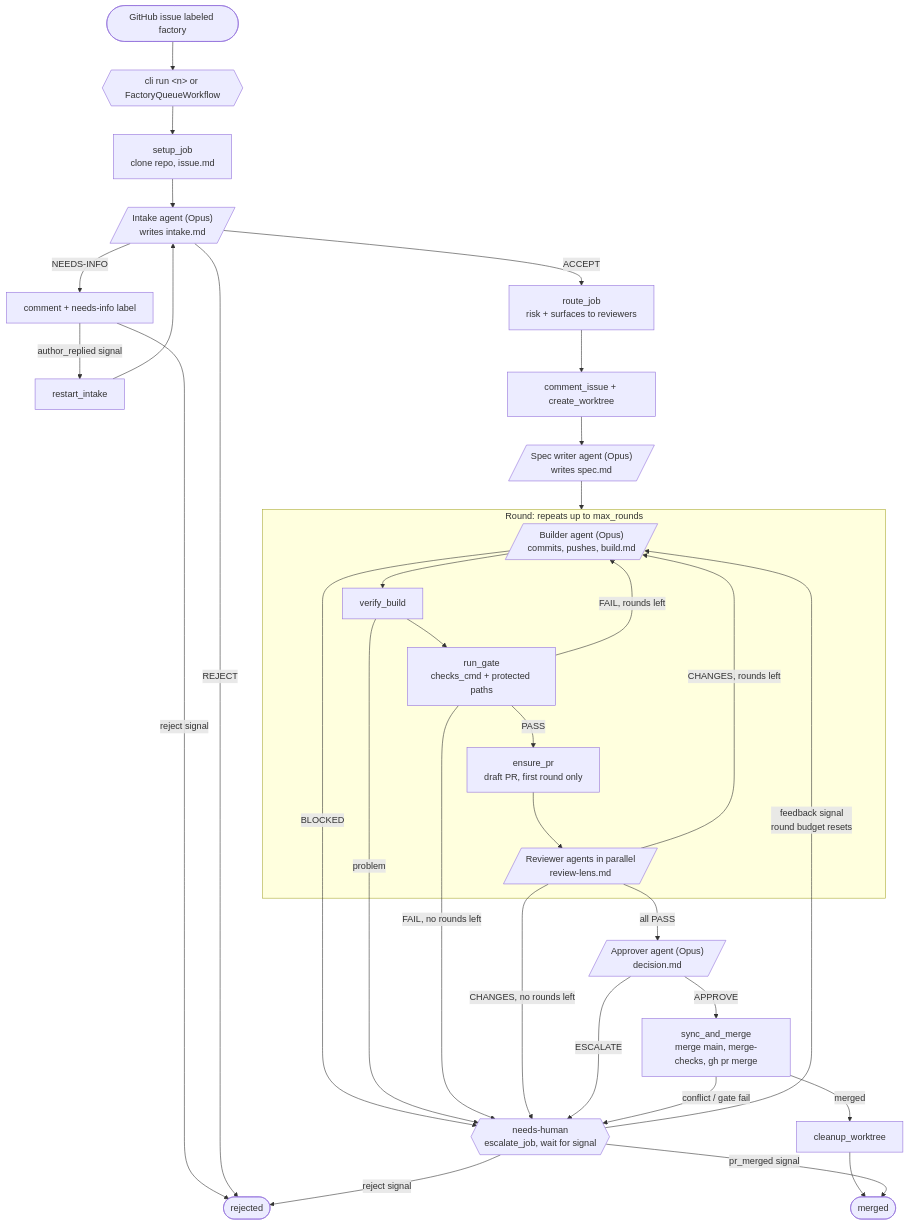
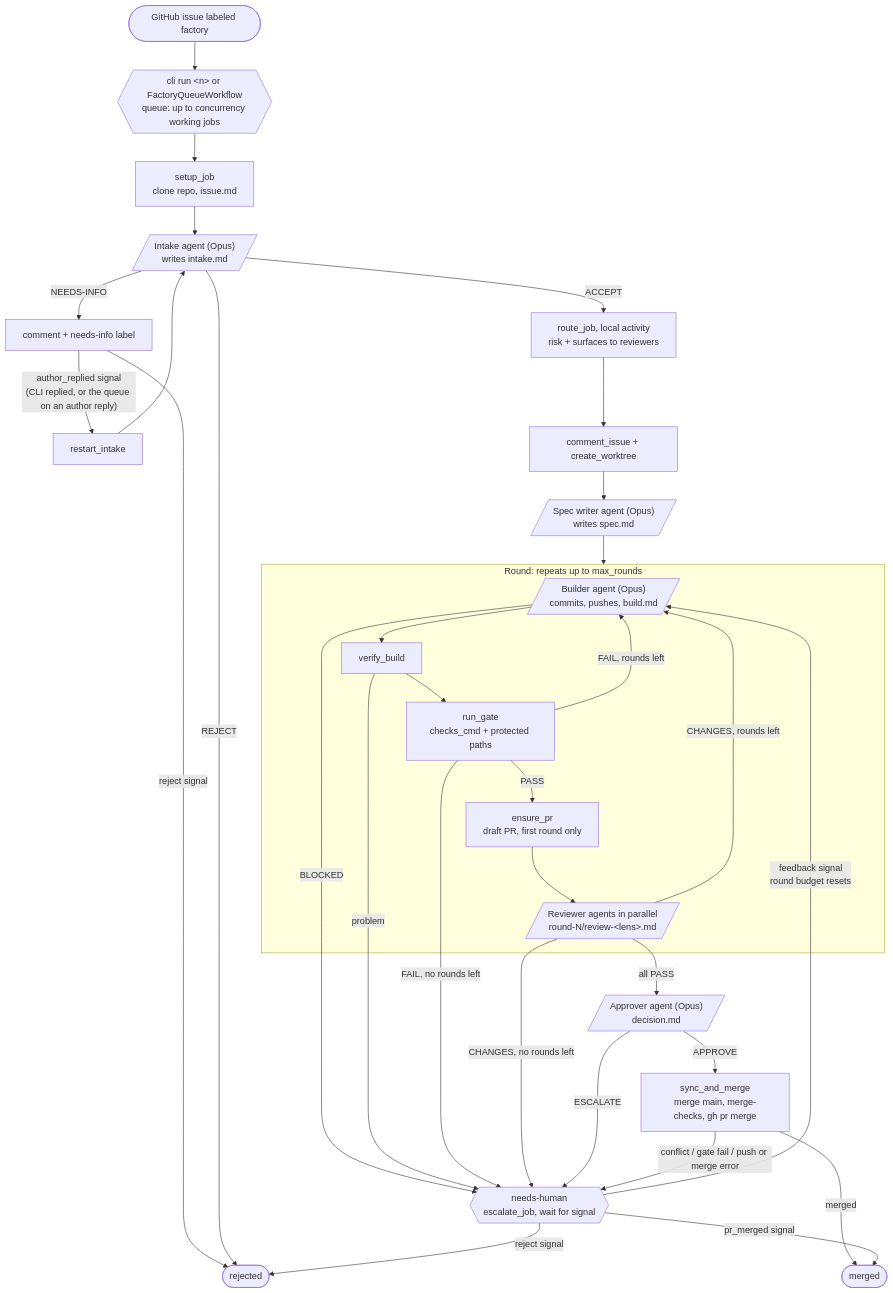
Before and after one commit to tfiling/temporal-factory: the first of 3 diagrams in features/temporal_factory/Pipeline flow.md, drawn with Mermaid. The commit also changed other lines of this file and 11 other files, not shown here.

````diff
--- a/features/temporal_factory/Pipeline flow.md
+++ b/features/temporal_factory/Pipeline flow.md
@@ -14,38 +14,38 @@
 ```mermaid
 flowchart TD
-    issue([GitHub issue labeled factory]) --> trigger{{"cli run &lt;n&gt; or FactoryQueueWorkflow"}}
+    issue([GitHub issue labeled factory]) --> trigger{{"cli run &lt;n&gt; or FactoryQueueWorkflow<br/>queue: up to concurrency working jobs"}}
     trigger --> setup[setup_job<br/>clone repo, issue.md]
     setup --> intake[/"Intake agent (Opus)<br/>writes intake.md"/]
     intake -->|NEEDS-INFO| ask[comment + needs-info label]
-    ask -->|author_replied signal| restart[restart_intake] --> intake
+    ask -->|"author_replied signal<br/>(CLI replied, or the queue on an author reply)"| restart[restart_intake] --> intake
     ask -->|reject signal| rejected([rejected])
     intake -->|REJECT| rejected
-    intake -->|ACCEPT| route[route_job<br/>risk + surfaces to reviewers]
+    intake -->|ACCEPT| route[route_job, local activity<br/>risk + surfaces to reviewers]
     route --> wt[comment_issue + create_worktree]
     wt --> spec[/"Spec writer agent (Opus)<br/>writes spec.md"/]
     spec --> round
 
     subgraph round [Round: repeats up to max_rounds]
         build[/"Builder agent (Opus)<br/>commits, pushes, build.md"/] --> verify[verify_build]
         verify --> gate[run_gate<br/>checks_cmd + protected paths]
         gate -->|PASS| pr[ensure_pr<br/>draft PR, first round only]
-        pr --> reviews[/"Reviewer agents in parallel<br/>review-lens.md"/]
+        pr --> reviews[/"Reviewer agents in parallel<br/>round-N/review-&lt;lens&gt;.md"/]
     end
 
     build -->|BLOCKED| human
     verify -->|problem| human
     gate -->|FAIL, rounds left| build
     reviews -->|CHANGES, rounds left| build
     gate -->|FAIL, no rounds left| human
     reviews -->|CHANGES, no rounds left| human
     reviews -->|all PASS| approver[/"Approver agent (Opus)<br/>decision.md"/]
     approver -->|ESCALATE| human
     approver -->|APPROVE| merge[sync_and_merge<br/>merge main, merge-checks, gh pr merge]
-    merge -->|merged| cleanup[cleanup_worktree] --> merged([merged])
-    merge -->|conflict / gate fail| human
+    merge -->|merged| merged([merged])
+    merge -->|conflict / gate fail / push or merge error| human
 
     human{{"needs-human<br/>escalate_job, wait for signal"}}
     human -->|feedback signal<br/>round budget resets| build
     human -->|reject signal| rejected
     human -->|pr_merged signal| merged
 ```
````
